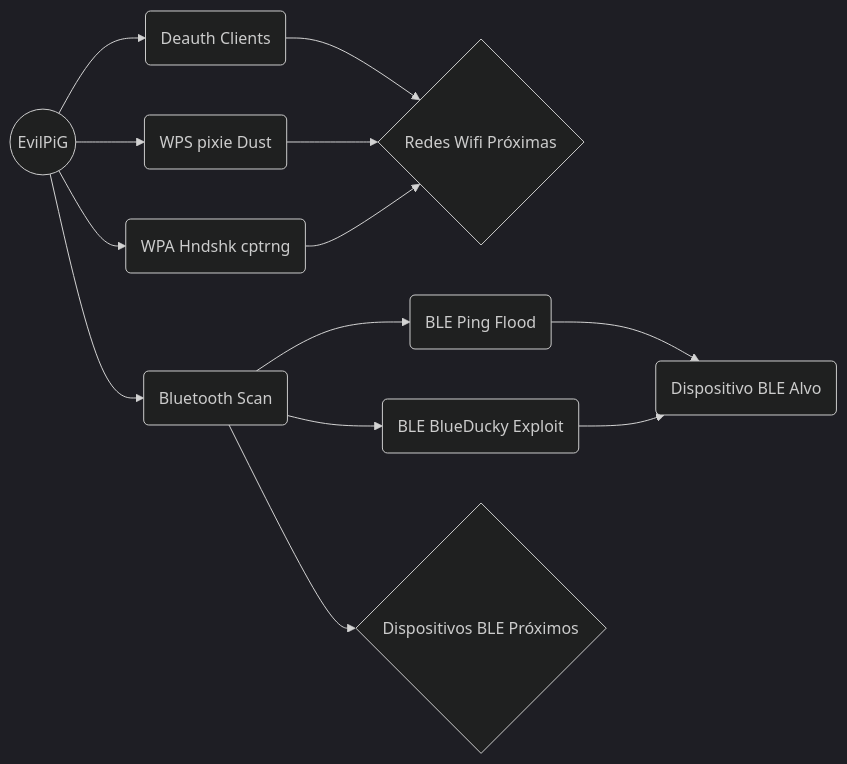
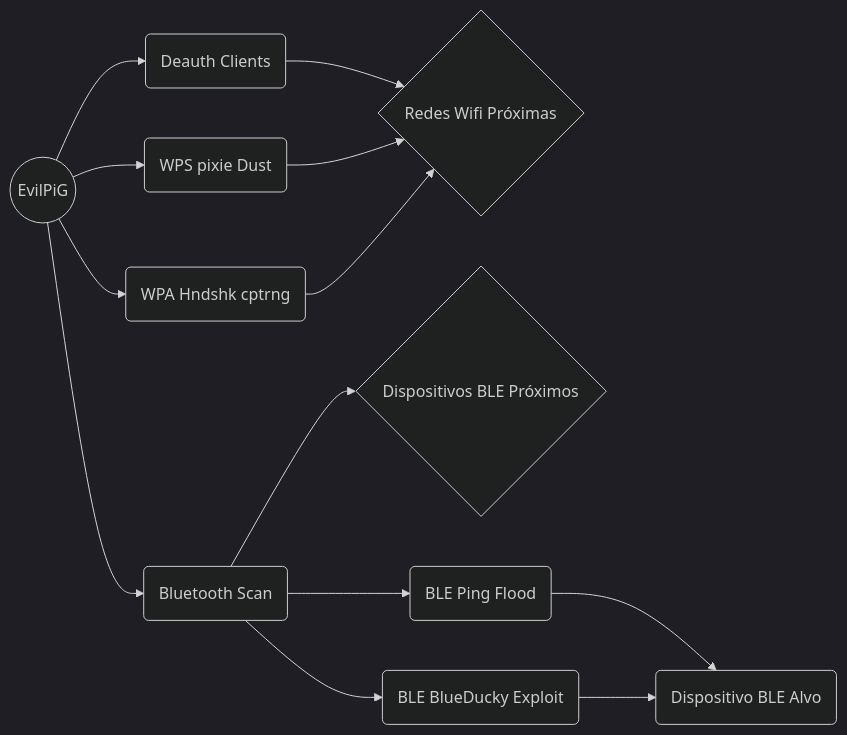
Before and after one commit to Pasch0/EvilPiG: the diagram in README.md, drawn with Mermaid (dark theme). The commit also changed other lines of this file, not shown here.

````diff
--- a/README.md
+++ b/README.md
@@ -51,15 +51,15 @@
 ```mermaid
 graph LR
 A((EvilPiG)) --> B(Deauth Clients)
 A --> C(WPS pixie Dust)
 B --> D{Redes Wifi Próximas}
 C --> D
 A --> E(WPA Hndshk cptrng)
 E --> D
 A --> H(Bluetooth Scan)
+H --> I{Dispositivos BLE Próximos}
 H --> F(BLE Ping Flood)
 H --> G(BLE BlueDucky Exploit)
-H --> I{Dispositivos BLE Próximos}
 F --> J(Dispositivo BLE Alvo)
 G --> J
 ```
````
